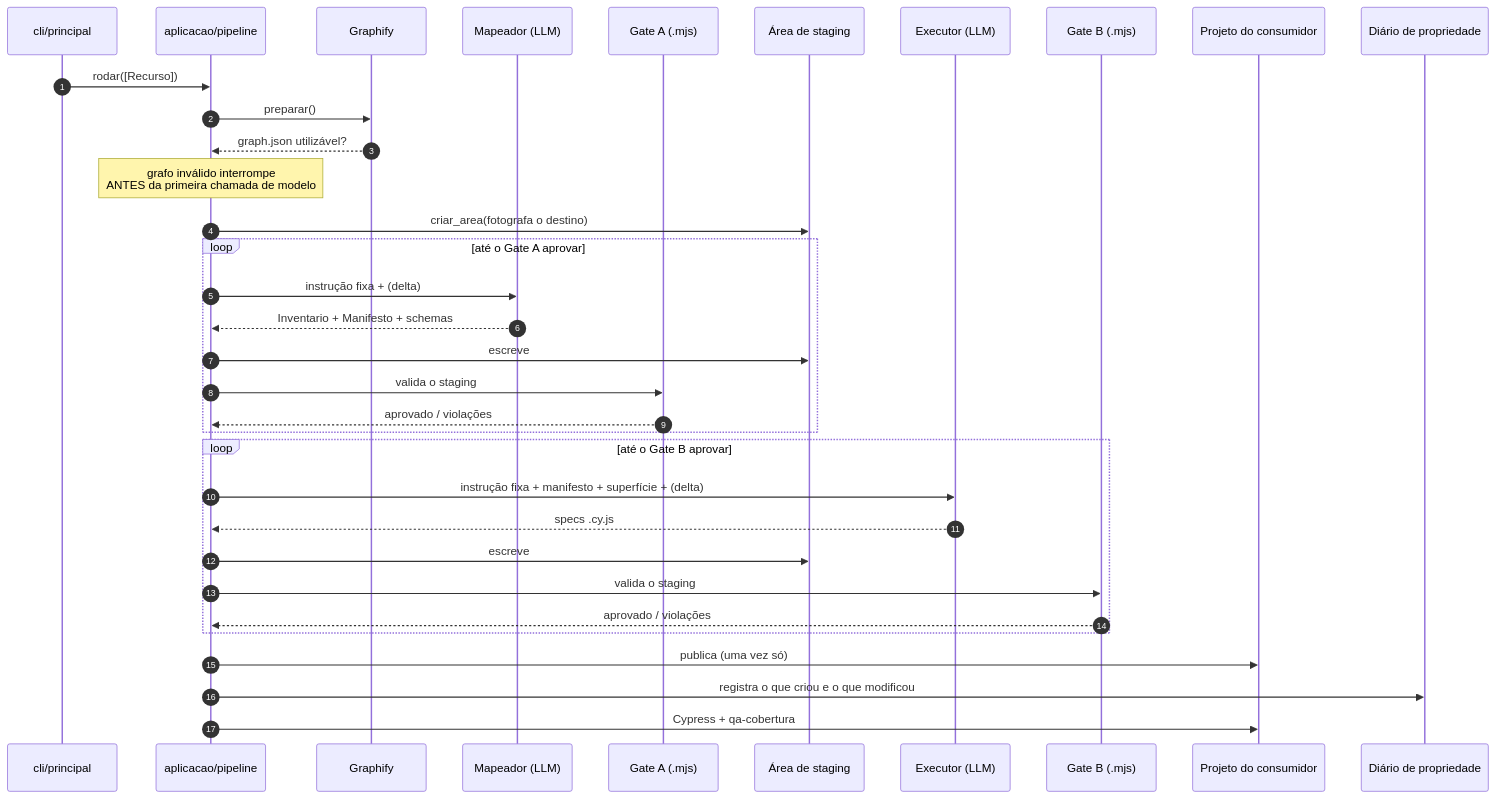
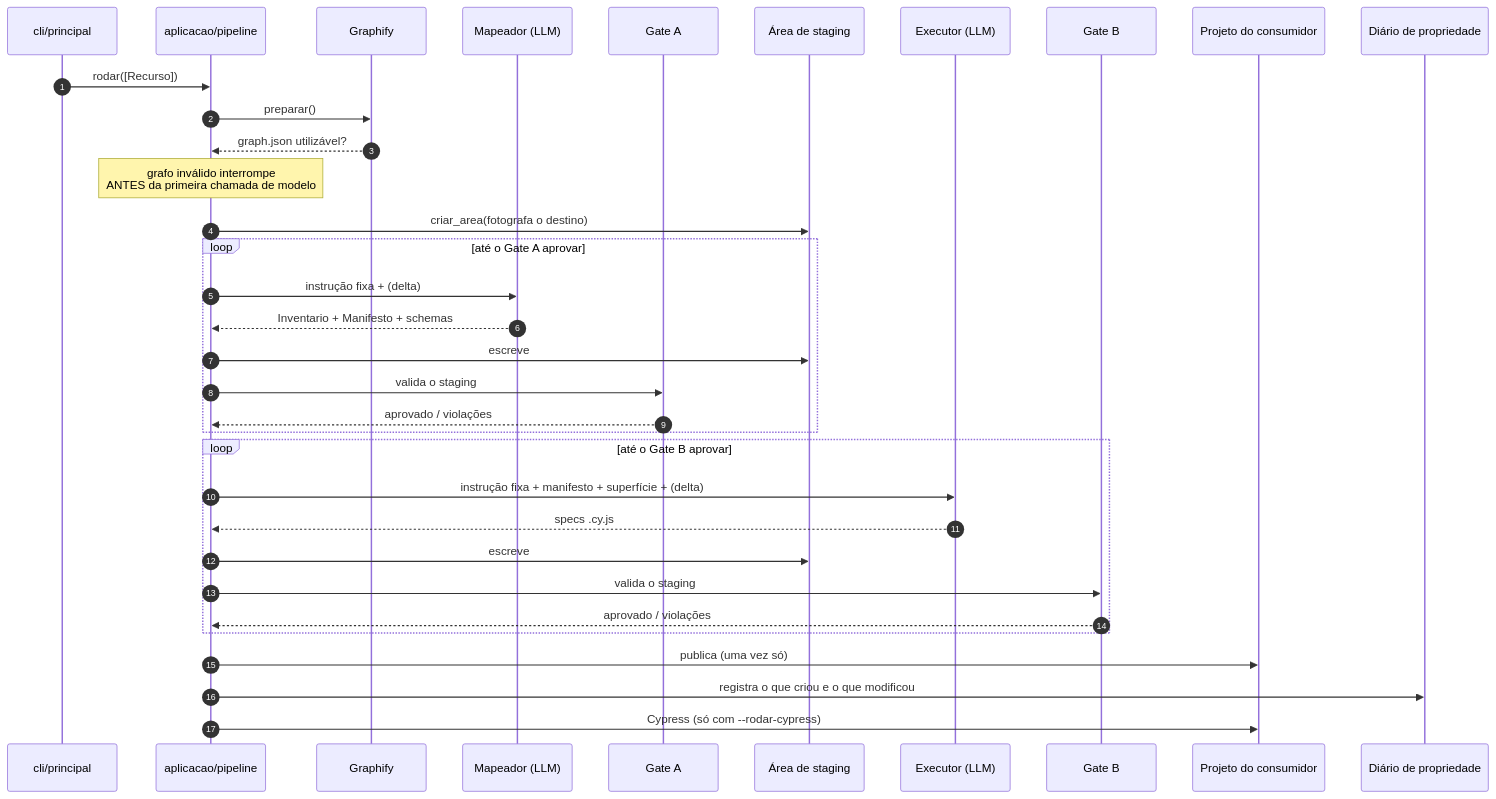
One commit to MarcosQuintino0/Langchain changed the diagram in docs/arquitetura/fluxo-ponta-a-ponta.md. Above: the diagram before and after it, drawn with Mermaid. The commit also changed 37 other files, not shown here.

````diff
--- a/docs/arquitetura/fluxo-ponta-a-ponta.md
+++ b/docs/arquitetura/fluxo-ponta-a-ponta.md
@@ -6,41 +6,41 @@
 ```mermaid
 sequenceDiagram
     autonumber
     participant CLI as cli/principal
     participant PL as aplicacao/pipeline
     participant GX as Graphify
     participant MP as Mapeador (LLM)
-    participant GA as Gate A (.mjs)
+    participant GA as Gate A
     participant ST as Área de staging
     participant EX as Executor (LLM)
-    participant GB as Gate B (.mjs)
+    participant GB as Gate B
     participant PJ as Projeto do consumidor
     participant DI as Diário de propriedade
 
     CLI->>PL: rodar([Recurso])
     PL->>GX: preparar()
     GX-->>PL: graph.json utilizável?
     Note over PL: grafo inválido interrompe<br/>ANTES da primeira chamada de modelo
 
     PL->>ST: criar_area(fotografa o destino)
 
     loop até o Gate A aprovar
         PL->>MP: instrução fixa + (delta)
         MP-->>PL: Inventario + Manifesto + schemas
         PL->>ST: escreve
         PL->>GA: valida o staging
         GA-->>PL: aprovado / violações
     end
 
     loop até o Gate B aprovar
         PL->>EX: instrução fixa + manifesto + superfície + (delta)
         EX-->>PL: specs .cy.js
         PL->>ST: escreve
         PL->>GB: valida o staging
         GB-->>PL: aprovado / violações
     end
 
     PL->>PJ: publica (uma vez só)
     PL->>DI: registra o que criou e o que modificou
-    PL->>PJ: Cypress + qa-cobertura
+    PL->>PJ: Cypress (só com --rodar-cypress)
 ```
````
